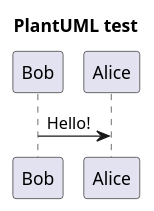
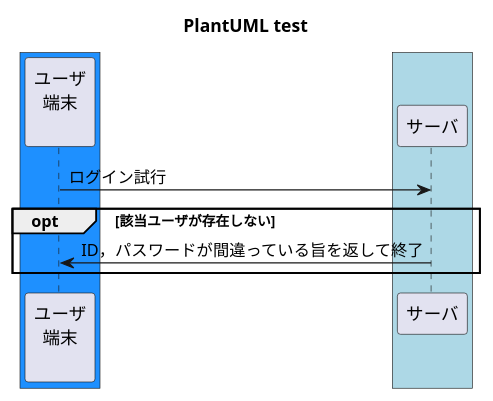
One commit to RyosukeDTomita/asciidoc_env changed the diagram in src/docs/diagram/pu/plantuml_test.pu. Above: the diagram before and after it, drawn with PlantUML. The commit also changed 3 other files, not shown here.

```diff
--- a/src/docs/diagram/pu/plantuml_test.pu
+++ b/src/docs/diagram/pu/plantuml_test.pu
@@ -1,4 +1,16 @@
 @startuml conversation
 title PlantUML test
-Bob->Alice : Hello!
+box #DodgerBlue
+participant "ユーザ\n端末\n" as ユーザ端末
+end box
+
+box #LightBlue
+participant "サーバ" as サーバ
+
+ユーザ端末 -> サーバ : ログイン試行
+
+opt 該当ユーザが存在しない
+  ユーザ端末 <- サーバ : ID，パスワードが間違っている旨を返して終了
+end
+
 @enduml
```
